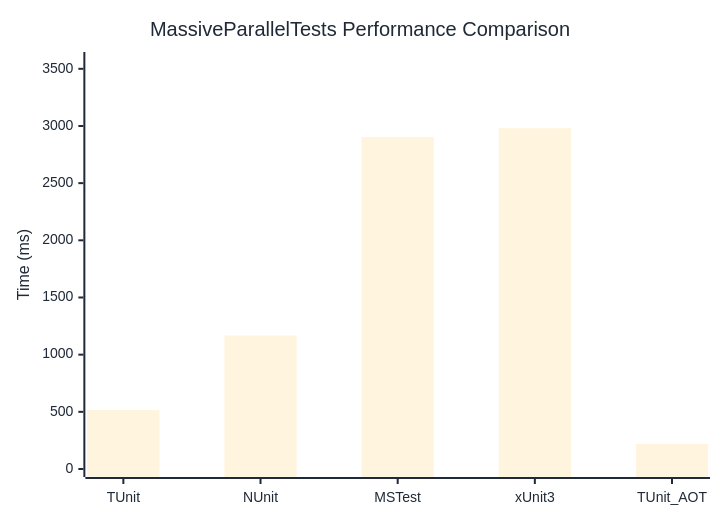
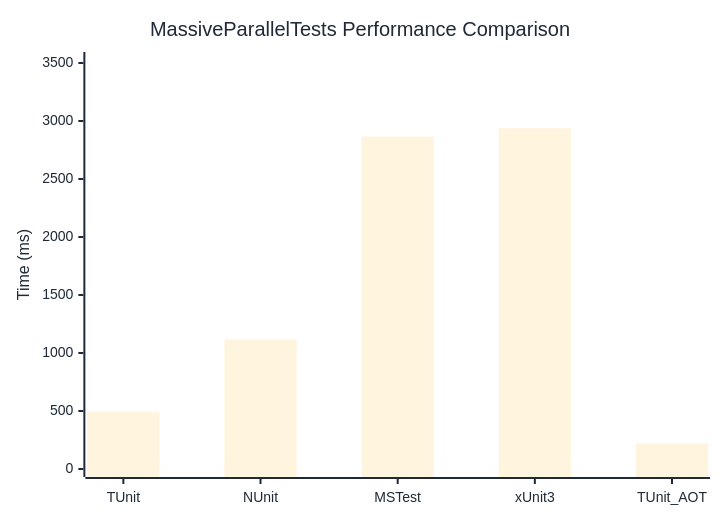
One commit to thomhurst/TUnit changed the diagram in docs/docs/benchmarks/engine/MassiveParallelTests.md. Above: the diagram before and after it, drawn with Mermaid. The commit also changed other lines of this file and 17 other files, not shown here.

````diff
--- a/docs/docs/benchmarks/engine/MassiveParallelTests.md
+++ b/docs/docs/benchmarks/engine/MassiveParallelTests.md
@@ -29,37 +29,37 @@
 ```mermaid
 %%{init: {
   'theme':'base',
   'themeVariables': {
     'primaryColor': '#2563eb',
     'primaryTextColor': '#1f2937',
     'primaryBorderColor': '#1e40af',
     'lineColor': '#6b7280',
     'secondaryColor': '#7c3aed',
     'tertiaryColor': '#dc2626',
     'background': '#ffffff',
     'mainBkg': '#2563eb',
     'secondBkg': '#7c3aed',
     'tertiaryBkg': '#dc2626',
     'clusterBkg': '#f3f4f6',
     'edgeLabelBackground': '#ffffff',
     'tertiaryTextColor': '#1f2937',
     'pie1': '#2563eb',
     'pie2': '#7c3aed',
     'pie3': '#dc2626',
     'pie4': '#f59e0b',
     'pie5': '#10b981',
     'pie6': '#06b6d4',
     'pie7': '#ec4899',
     'pie8': '#6366f1',
     'pie9': '#84cc16',
     'pie10': '#f97316',
     'pie11': '#14b8a6',
     'pie12': '#a855f7'
   }
 }}%%
 xychart-beta
   title "MassiveParallelTests Performance Comparison"
   x-axis ["TUnit", "NUnit", "MSTest", "xUnit3", "TUnit_AOT"]
-  y-axis "Time (ms)" 0 --> 3577
-  bar [516.1, 1167.2, 2903.4, 2980.3, 219.2]
+  y-axis "Time (ms)" 0 --> 3526
+  bar [494.1, 1117.1, 2866.4, 2937.7, 220.7]
 ```
````
